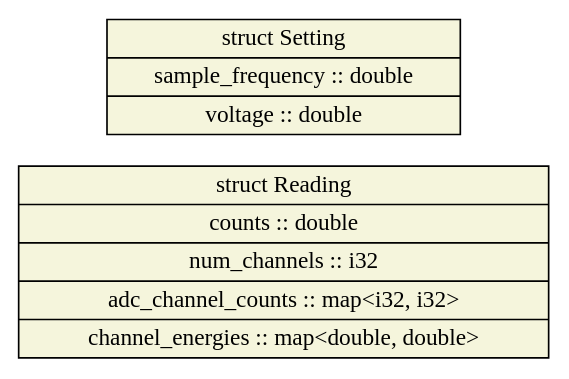
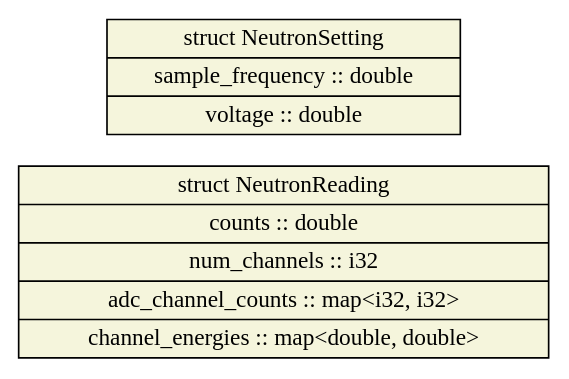
Before and after one commit to jkwong80/baa_messages: the diagram in docs/thrift/sensor/neutron_sensor.gv, drawn with Graphviz. The commit also changed 38 other files, not shown here.

```diff
--- a/docs/thrift/sensor/neutron_sensor.gv
+++ b/docs/thrift/sensor/neutron_sensor.gv
@@ -1,9 +1,9 @@
 digraph "neutron_sensor" {
 node [style=filled, shape=record];
 edge [arrowsize=0.5];
 rankdir=LR
 node [fillcolor=beige];
-Reading [label="struct Reading|<field_counts>counts :: double|<field_num_channels>num_channels :: i32|<field_adc_channel_counts>adc_channel_counts :: map\<i32, i32\>|<field_channel_energies>channel_energies :: map\<double, double\>"];
+NeutronReading [label="struct NeutronReading|<field_counts>counts :: double|<field_num_channels>num_channels :: i32|<field_adc_channel_counts>adc_channel_counts :: map\<i32, i32\>|<field_channel_energies>channel_energies :: map\<double, double\>"];
 node [fillcolor=beige];
-Setting [label="struct Setting|<field_sample_frequency>sample_frequency :: double|<field_voltage>voltage :: double"];
+NeutronSetting [label="struct NeutronSetting|<field_sample_frequency>sample_frequency :: double|<field_voltage>voltage :: double"];
 }
```
